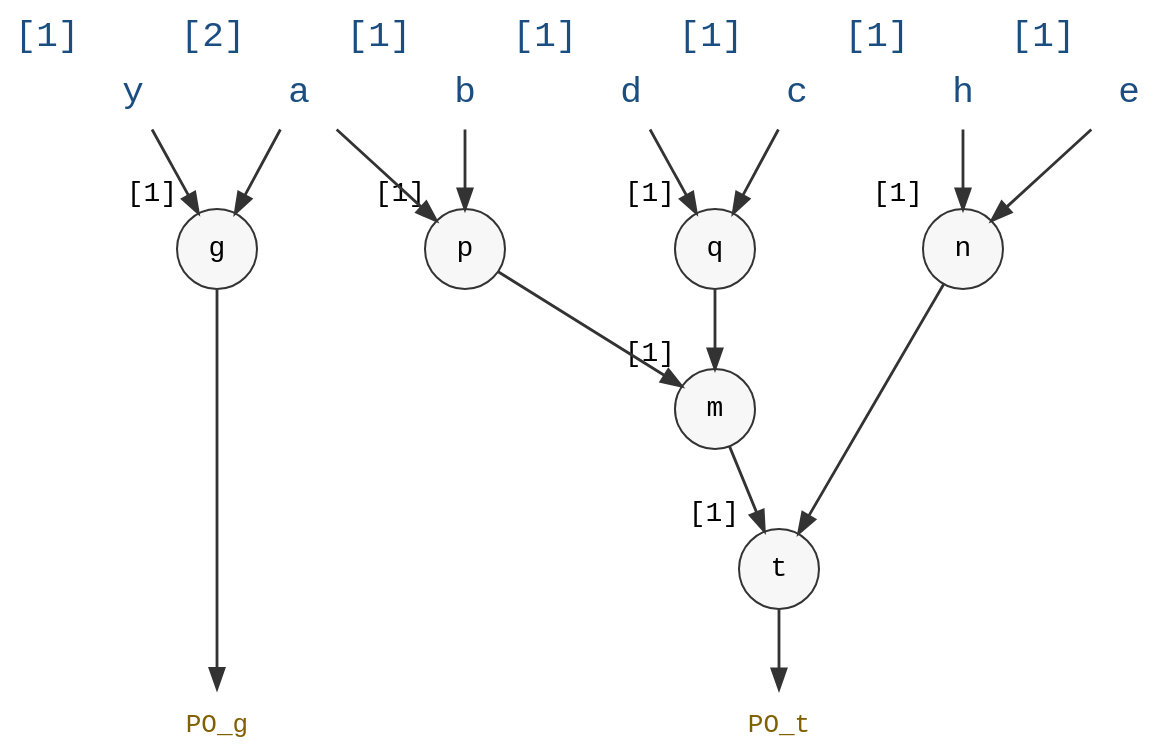
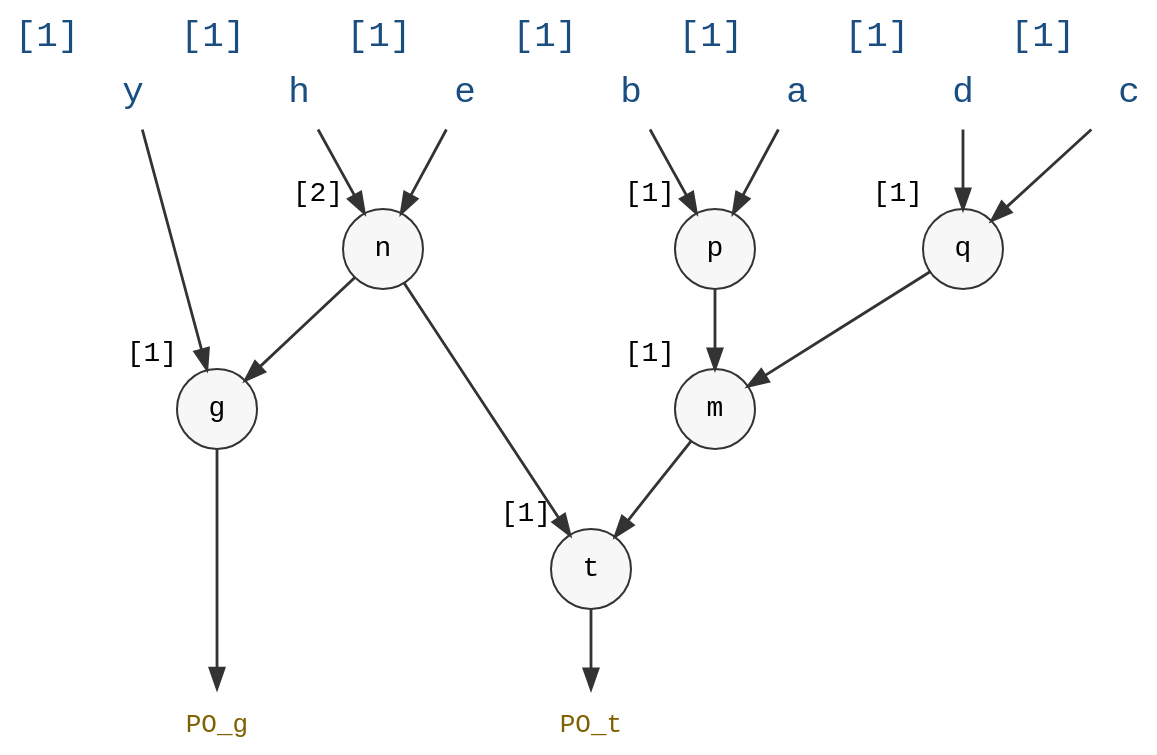
One commit to cyberseihis/abc-synthesis-notes changed the diagram in viz/diagrams/mffc_demo.dot. Above: the diagram before and after it, drawn with Graphviz. The commit also changed 2 other files, not shown here.

Commit message:
mffc: connect g via the internal node n, not via PI a
User feedback: previous version had g share only PI a with t's cone,
so the deref never encountered g's connection — every internal AND
considered (m, n) had fanout 1 and got absorbed into the MFFC. The
'private cone is a strict subset' lesson didn't fire because the
algorithm was never asked to reject anything.

New version: n (= e & h) is in t's cone AND feeds g. So n.fanouts = 2.
When deref(t) reaches n, its count goes 2 → 1 (not zero) — n is
REJECTED from MFFC even though it's in t's cone. That's the
'sharing' rejection, distinct from the cut-leaf boost.

Now the walkthrough has both rejection mechanisms visible:
  - p, q rejected via boundary boost (cut leaves with fanout 1)
  - n rejected via sharing (in cone but has external consumer)

Final MFFC = {t, m} — 2 of 6 internal ANDs. The 'strict subset'
contrast is now concrete: n is green ('survives via sharing'), p/q/e/h
are blue (cut leaves), and t/m are red (the actual private cone).

```diff
--- a/viz/diagrams/mffc_demo.dot
+++ b/viz/diagrams/mffc_demo.dot
@@ -1,57 +1,60 @@
 // Circuit for the MFFC walkthrough.
 //
-// Two outputs: t (target) and g (separate). They share PI a but have
-// disjoint internal cones. So the AIG has visible structure outside
-// t's MFFC, namely g and its PI y.
+// Two outputs: t (target) and g. They SHARE the internal AND node n
+// (n = e & h is consumed by both t and g). So during deref of t, when
+// we reach n, its fanout count goes 2 → 1 (not zero) and n is REJECTED
+// from MFFC even though it's in t's cone — that's the "shared internal
+// node escapes the MFFC" lesson.
 //
-// Cut for t: {p, q, e, h} — two internal ANDs (p, q) and two PIs.
-// Cut leaves all have fanout 1 INTO t's cone, so the boost is what
-// stops deref from walking past them.
+// p, q are cut leaves at internal ANDs with fanout 1; their boost is
+// what stops deref from walking past them into a, b, c, d — that's the
+// "boundary trick protects cut leaves" lesson.
 //
-// Initial fanouts per node are baked into xlabels [N]; per-step
-// textReplace updates them as deref decrements.
+// MFFC of t with cut {p, q, e, h} = {t, m}. Two of six ANDs.
+// n survives via sharing; p, q survive via boost; e, h, y, g, PO_g
+// are never touched.
 digraph mffc_demo {
     rankdir = TB
     ranksep = 0.55
     nodesep = 0.4
     bgcolor = "transparent"
     node [fontname = "monospace", fontsize = 14, color = "#333333"]
     edge [color = "#333333", penwidth = 1.4]
 
     { rank = source
-      a [id="node-a", label="a", xlabel="[2]", shape=plaintext, fontsize=18, fontcolor="#1a4d80"]
+      a [id="node-a", label="a", xlabel="[1]", shape=plaintext, fontsize=18, fontcolor="#1a4d80"]
       b [id="node-b", label="b", xlabel="[1]", shape=plaintext, fontsize=18, fontcolor="#1a4d80"]
       c [id="node-c", label="c", xlabel="[1]", shape=plaintext, fontsize=18, fontcolor="#1a4d80"]
       d [id="node-d", label="d", xlabel="[1]", shape=plaintext, fontsize=18, fontcolor="#1a4d80"]
       e [id="node-e", label="e", xlabel="[1]", shape=plaintext, fontsize=18, fontcolor="#1a4d80"]
       h [id="node-h", label="h", xlabel="[1]", shape=plaintext, fontsize=18, fontcolor="#1a4d80"]
       y [id="node-y", label="y", xlabel="[1]", shape=plaintext, fontsize=18, fontcolor="#1a4d80"]
     }
 
     p [id="node-p", label="p", xlabel="[1]", shape=circle, width=0.55, fixedsize=true, style=filled, fillcolor="#f7f7f7"]
     q [id="node-q", label="q", xlabel="[1]", shape=circle, width=0.55, fixedsize=true, style=filled, fillcolor="#f7f7f7"]
     m [id="node-m", label="m", xlabel="[1]", shape=circle, width=0.55, fixedsize=true, style=filled, fillcolor="#f7f7f7"]
-    n [id="node-n", label="n", xlabel="[1]", shape=circle, width=0.55, fixedsize=true, style=filled, fillcolor="#f7f7f7"]
+    n [id="node-n", label="n", xlabel="[2]", shape=circle, width=0.55, fixedsize=true, style=filled, fillcolor="#f7f7f7"]
     t [id="node-t", label="t", xlabel="[1]", shape=circle, width=0.55, fixedsize=true, style=filled, fillcolor="#f7f7f7"]
     g [id="node-g", label="g", xlabel="[1]", shape=circle, width=0.55, fixedsize=true, style=filled, fillcolor="#f7f7f7"]
 
     { rank = sink
       POt [id="node-POt", label="PO_t", shape=plaintext, fontsize=13, fontcolor="#806000"]
       POg [id="node-POg", label="PO_g", shape=plaintext, fontsize=13, fontcolor="#806000"]
     }
 
     a -> p [id="edge-a-p"]
     b -> p [id="edge-b-p"]
     c -> q [id="edge-c-q"]
     d -> q [id="edge-d-q"]
     p -> m [id="edge-p-m"]
     q -> m [id="edge-q-m"]
     e -> n [id="edge-e-n"]
     h -> n [id="edge-h-n"]
     m -> t [id="edge-m-t"]
     n -> t [id="edge-n-t"]
-    a -> g [id="edge-a-g"]
+    n -> g [id="edge-n-g"]
     y -> g [id="edge-y-g"]
     t -> POt [id="edge-t-POt"]
     g -> POg [id="edge-g-POg"]
 }
```
